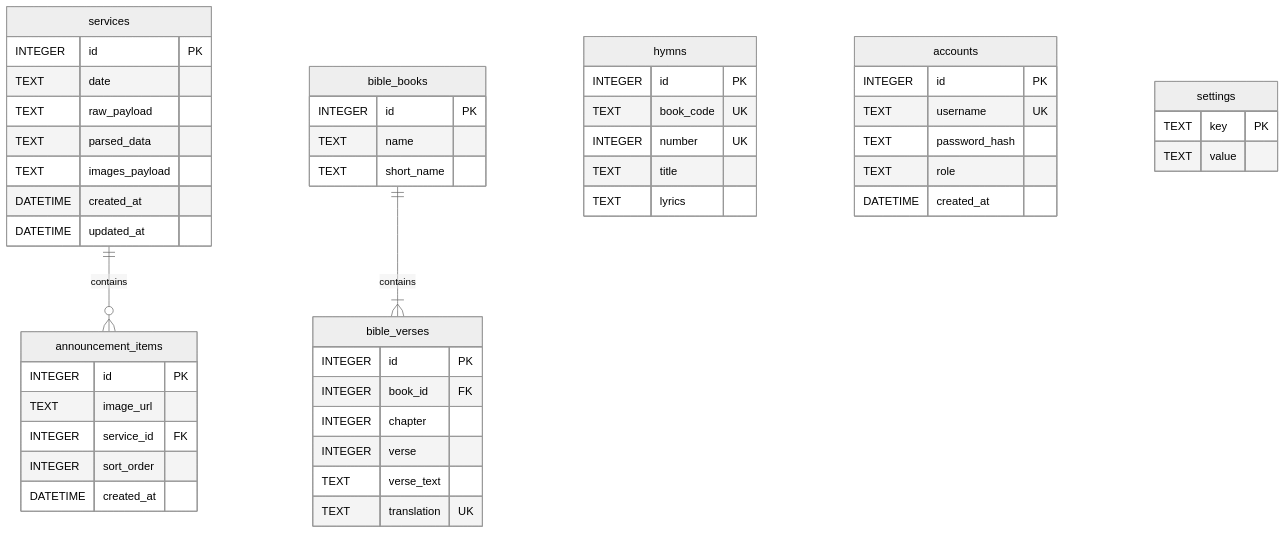
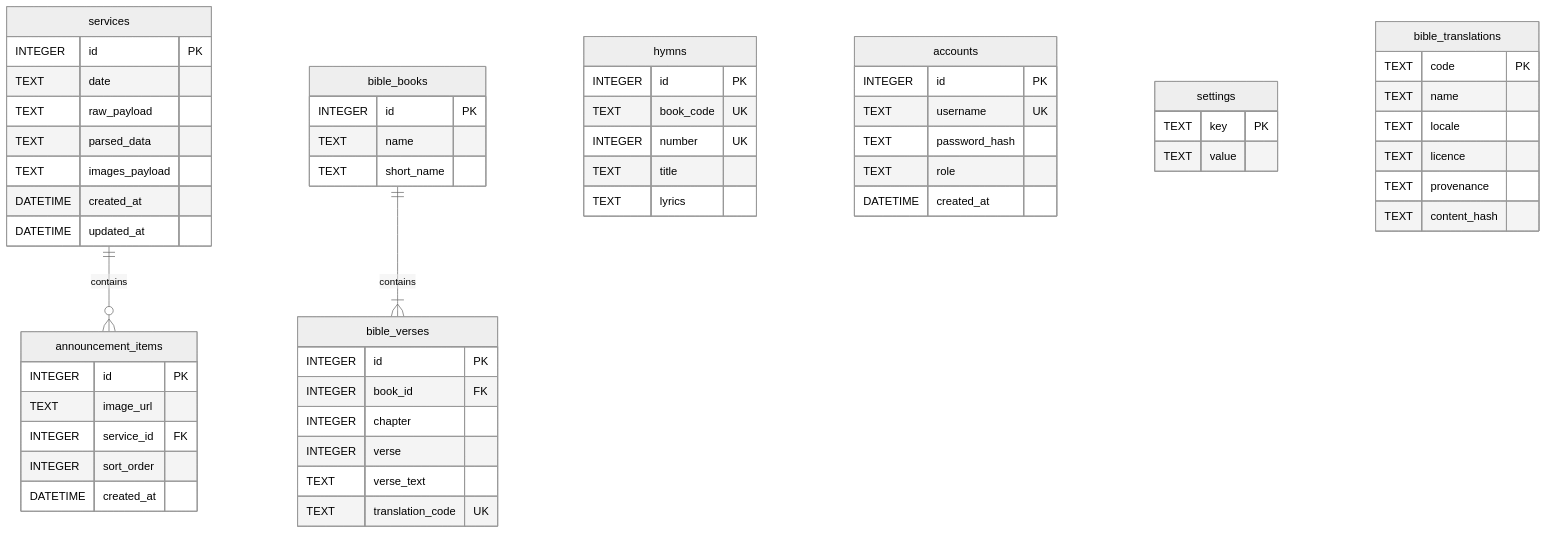
The diagram in docs/data-models-monolith.md (kodesh87/worship-presenter-web), drawn with Mermaid (neutral theme) before and after one commit. The commit also changed other lines of this file and 30 other files, not shown here.

````diff
--- a/docs/data-models-monolith.md
+++ b/docs/data-models-monolith.md
@@ -18,59 +18,68 @@
 ```mermaid
 erDiagram
     services ||--o{ announcement_items : "contains"
     bible_books ||--|{ bible_verses : "contains"
     
     services {
         INTEGER id PK
         TEXT date
         TEXT raw_payload
         TEXT parsed_data
         TEXT images_payload
         DATETIME created_at
         DATETIME updated_at
     }
 
     announcement_items {
         INTEGER id PK
         TEXT image_url
         INTEGER service_id FK
         INTEGER sort_order
         DATETIME created_at
     }
 
     hymns {
         INTEGER id PK
         TEXT book_code UK
         INTEGER number UK
         TEXT title
         TEXT lyrics
     }
 
     accounts {
         INTEGER id PK
         TEXT username UK
         TEXT password_hash
         TEXT role
         DATETIME created_at
     }
 
     settings {
         TEXT key PK
         TEXT value
     }
 
+    bible_translations {
+        TEXT code PK
+        TEXT name
+        TEXT locale
+        TEXT licence
+        TEXT provenance
+        TEXT content_hash
+    }
+
     bible_books {
         INTEGER id PK
         TEXT name
         TEXT short_name
     }
 
     bible_verses {
         INTEGER id PK
         INTEGER book_id FK
         INTEGER chapter
         INTEGER verse
         TEXT verse_text
-        TEXT translation UK
+        TEXT translation_code UK
     }
 ```
````
